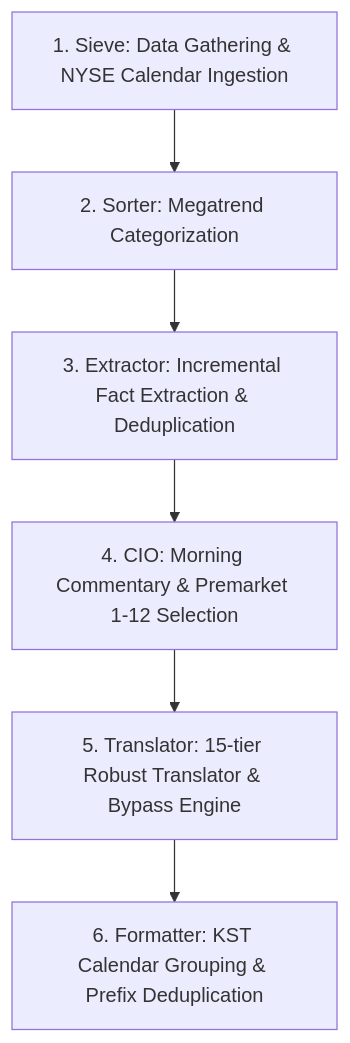
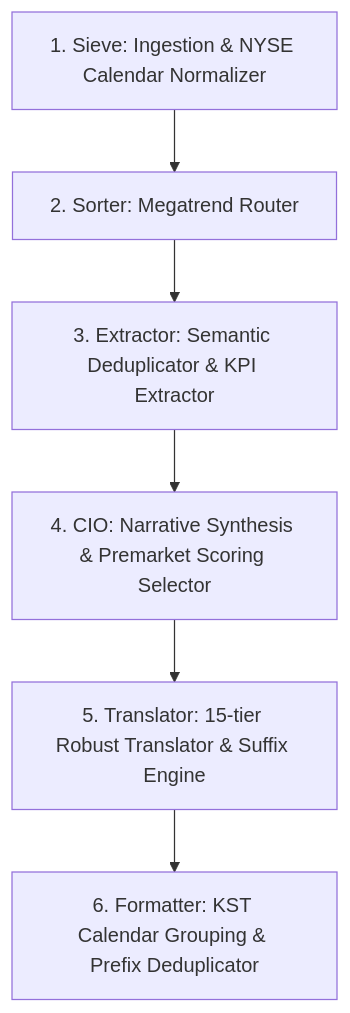
Before and after one commit to buddy-proiectio/core: the diagram in README.md, drawn with Mermaid. The commit also changed other lines of this file, not shown here.

Commit message:
docs: update architecture overview and document advanced agent functionalities

````diff
--- a/README.md
+++ b/README.md
@@ -11,8 +11,8 @@
 ```mermaid
 graph TD
-    sieve[1. Sieve: Data Gathering & NYSE Calendar Ingestion] --> sorter[2. Sorter: Megatrend Categorization]
-    sorter --> extractor[3. Extractor: Incremental Fact Extraction & Deduplication]
-    extractor --> cio[4. CIO: Morning Commentary & Premarket 1-12 Selection]
-    cio --> translator[5. Translator: 15-tier Robust Translator & Bypass Engine]
-    translator --> formatter[6. Formatter: KST Calendar Grouping & Prefix Deduplication]
+    sieve[1. Sieve: Ingestion & NYSE Calendar Normalizer] --> sorter[2. Sorter: Megatrend Router]
+    sorter --> extractor[3. Extractor: Semantic Deduplicator & KPI Extractor]
+    extractor --> cio[4. CIO: Narrative Synthesis & Premarket Scoring Selector]
+    cio --> translator[5. Translator: 15-tier Robust Translator & Suffix Engine]
+    translator --> formatter[6. Formatter: KST Calendar Grouping & Prefix Deduplicator]
 ```
````
